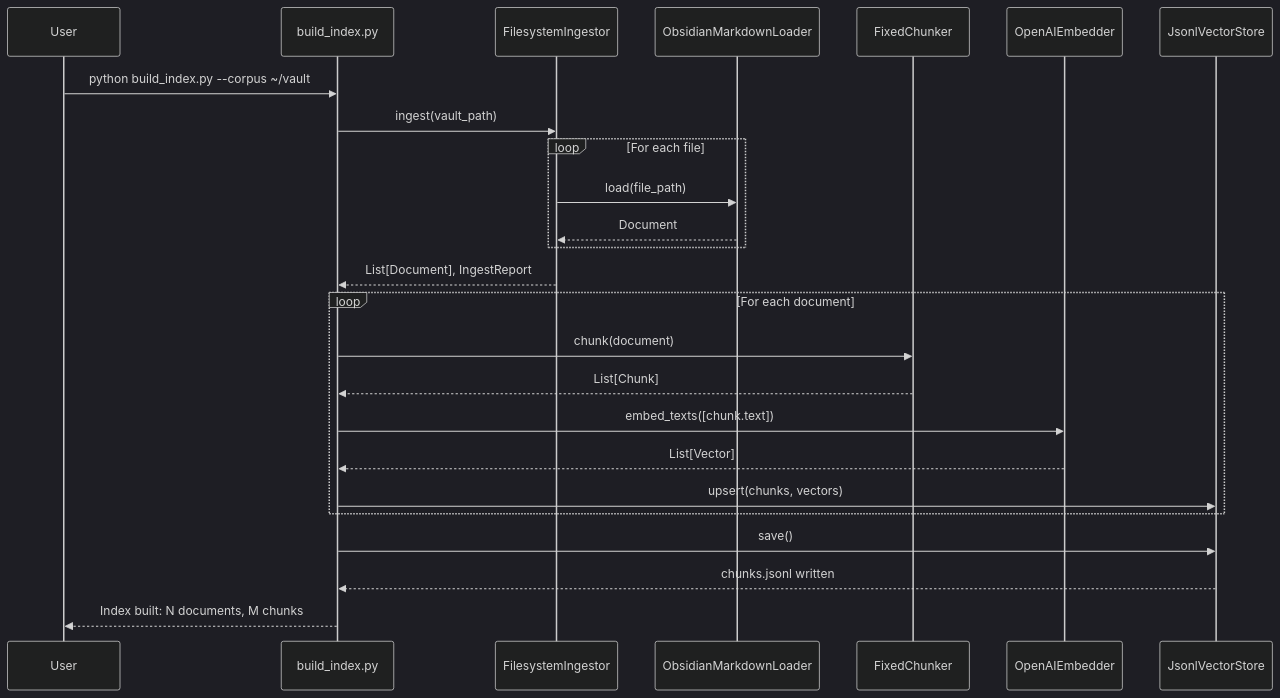
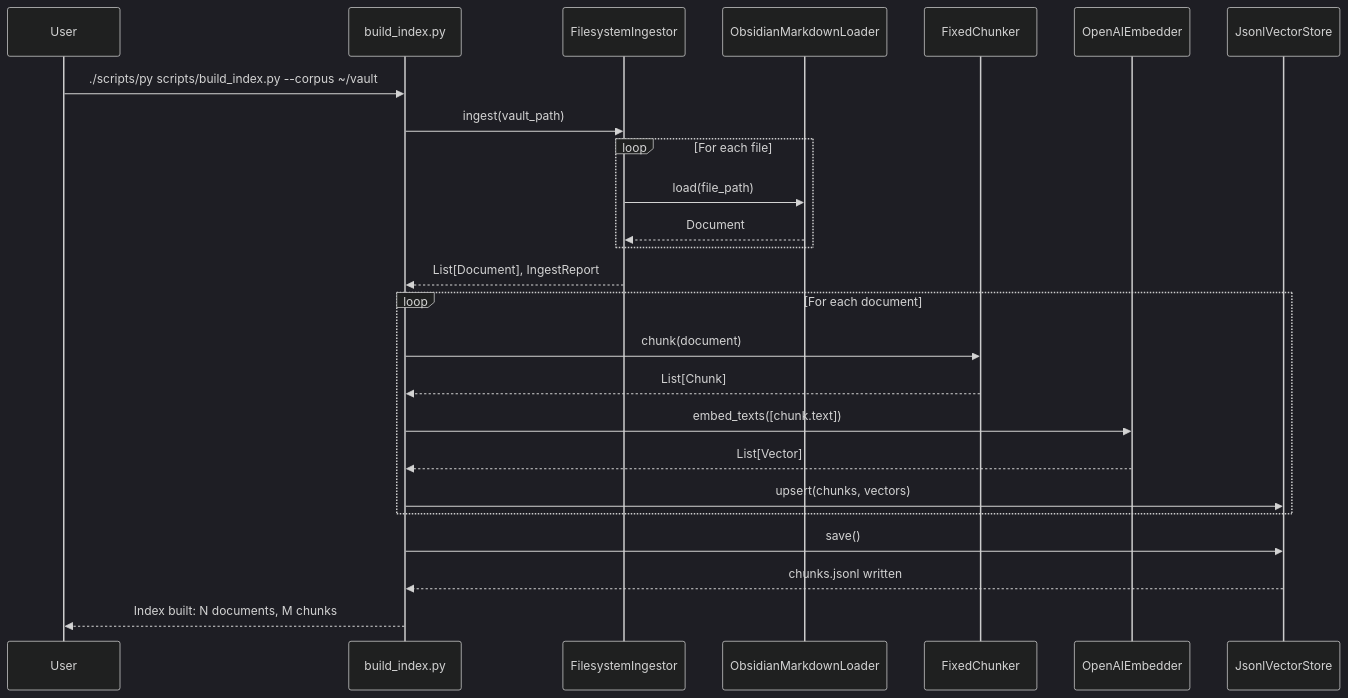
The third of 8 diagrams in docs/ARCHITECTURE.md (qdon314/obsidian-vault-RAG), drawn with Mermaid (dark theme) before and after one commit. The commit also changed other lines of this file and 10 other files, not shown here.

Commit message:
docs:  - fix command discipline and stale CLI examples across core/eval docs  - align API/architecture references with current models and signatures   - repair broken links and screenshot references; clarify CI command exceptions

````diff
--- a/docs/ARCHITECTURE.md
+++ b/docs/ARCHITECTURE.md
@@ -131,32 +131,32 @@
 ```mermaid
 sequenceDiagram
     participant User
     participant CLI as build_index.py
     participant Ingestor as FilesystemIngestor
     participant Loader as ObsidianMarkdownLoader
     participant Chunker as FixedChunker
     participant Embedder as OpenAIEmbedder
     participant Store as JsonlVectorStore
 
-    User->>CLI: python build_index.py --corpus ~/vault
+    User->>CLI: ./scripts/py scripts/build_index.py --corpus ~/vault
     CLI->>Ingestor: ingest(vault_path)
 
     loop For each file
         Ingestor->>Loader: load(file_path)
         Loader-->>Ingestor: Document
     end
 
     Ingestor-->>CLI: List[Document], IngestReport
 
     loop For each document
         CLI->>Chunker: chunk(document)
         Chunker-->>CLI: List[Chunk]
         CLI->>Embedder: embed_texts([chunk.text])
         Embedder-->>CLI: List[Vector]
         CLI->>Store: upsert(chunks, vectors)
     end
 
     CLI->>Store: save()
     Store-->>CLI: chunks.jsonl written
     CLI-->>User: Index built: N documents, M chunks
 ```
````
